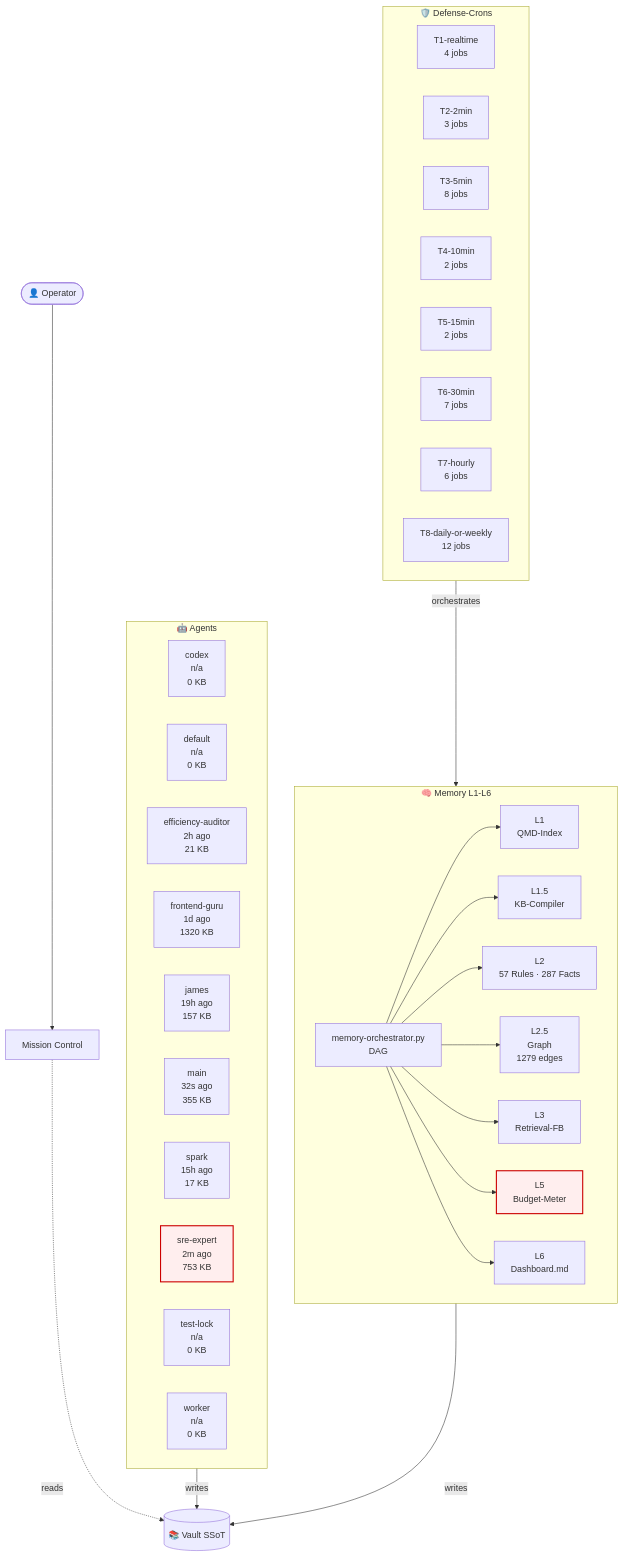
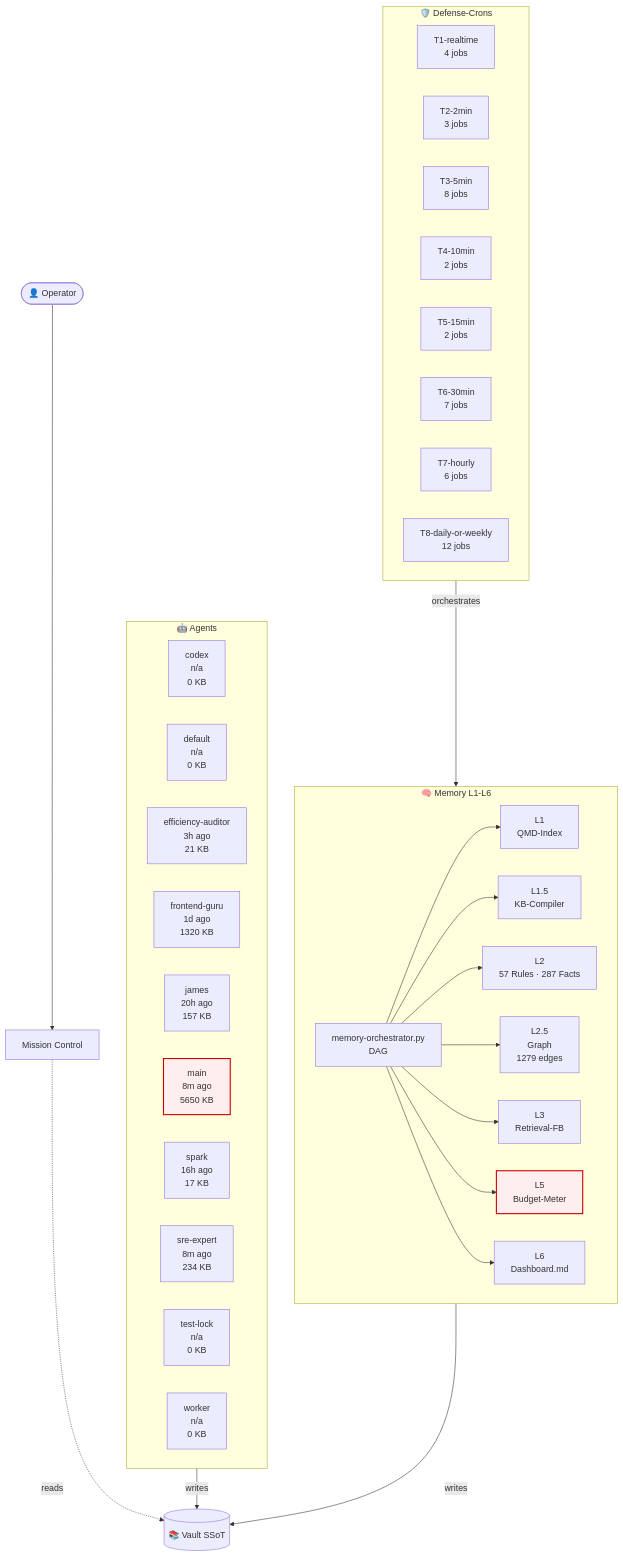
The diagram in 03-Agents/architecture-live.md (lenardhuebner88-rgb/openclaw-memory), drawn with Mermaid before and after one commit. The commit also changed other lines of this file and 13 other files, not shown here.

````diff
--- a/03-Agents/architecture-live.md
+++ b/03-Agents/architecture-live.md
@@ -18,53 +18,53 @@
 ```mermaid
 flowchart TB
     classDef critical fill:#fee,stroke:#c00,stroke-width:2px;
     subgraph AGT["🤖 Agents"]
         agent_codex["codex<br/>n/a<br/>0 KB"]
         agent_default["default<br/>n/a<br/>0 KB"]
-        agent_efficiency_auditor["efficiency-auditor<br/>2h ago<br/>21 KB"]
+        agent_efficiency_auditor["efficiency-auditor<br/>3h ago<br/>21 KB"]
         agent_frontend_guru["frontend-guru<br/>1d ago<br/>1320 KB"]
-        agent_james["james<br/>19h ago<br/>157 KB"]
-        agent_main["main<br/>32s ago<br/>355 KB"]
-        agent_spark["spark<br/>15h ago<br/>17 KB"]
-        agent_sre_expert["sre-expert<br/>2m ago<br/>753 KB"]
+        agent_james["james<br/>20h ago<br/>157 KB"]
+        agent_main["main<br/>8m ago<br/>5650 KB"]
+        agent_spark["spark<br/>16h ago<br/>17 KB"]
+        agent_sre_expert["sre-expert<br/>8m ago<br/>234 KB"]
         agent_test_lock["test-lock<br/>n/a<br/>0 KB"]
         agent_worker["worker<br/>n/a<br/>0 KB"]
     end
     subgraph MEM["🧠 Memory L1-L6"]
         L1["L1<br/>QMD-Index"]
         L15["L1.5<br/>KB-Compiler"]
         L2["L2<br/>57 Rules · 287 Facts"]
         L25["L2.5<br/>Graph<br/>1279 edges"]
         L3["L3<br/>Retrieval-FB"]
         L5["L5<br/>Budget-Meter"]
         L6["L6<br/>Dashboard.md"]
         ORCH["memory-orchestrator.py<br/>DAG"]
     end
     subgraph CRN["🛡️ Defense-Crons"]
         tier_T1_realtime["T1-realtime<br/>4 jobs"]
         tier_T2_2min["T2-2min<br/>3 jobs"]
         tier_T3_5min["T3-5min<br/>8 jobs"]
         tier_T4_10min["T4-10min<br/>2 jobs"]
         tier_T5_15min["T5-15min<br/>2 jobs"]
         tier_T6_30min["T6-30min<br/>7 jobs"]
         tier_T7_hourly["T7-hourly<br/>6 jobs"]
         tier_T8_daily_or_weekly["T8-daily-or-weekly<br/>12 jobs"]
     end
     VAULT[("📚 Vault SSoT")]
     OP([👤 Operator])
     MC["Mission Control"]
     OP --> MC
     MC -.reads.-> VAULT
     AGT -->|writes| VAULT
     MEM -->|writes| VAULT
     ORCH --> L1
     ORCH --> L15
     ORCH --> L2
     ORCH --> L25
     ORCH --> L3
     ORCH --> L5
     ORCH --> L6
     CRN -->|orchestrates| MEM
     class L5 critical
-    class agent_sre_expert critical
+    class agent_main critical
 ```
````
